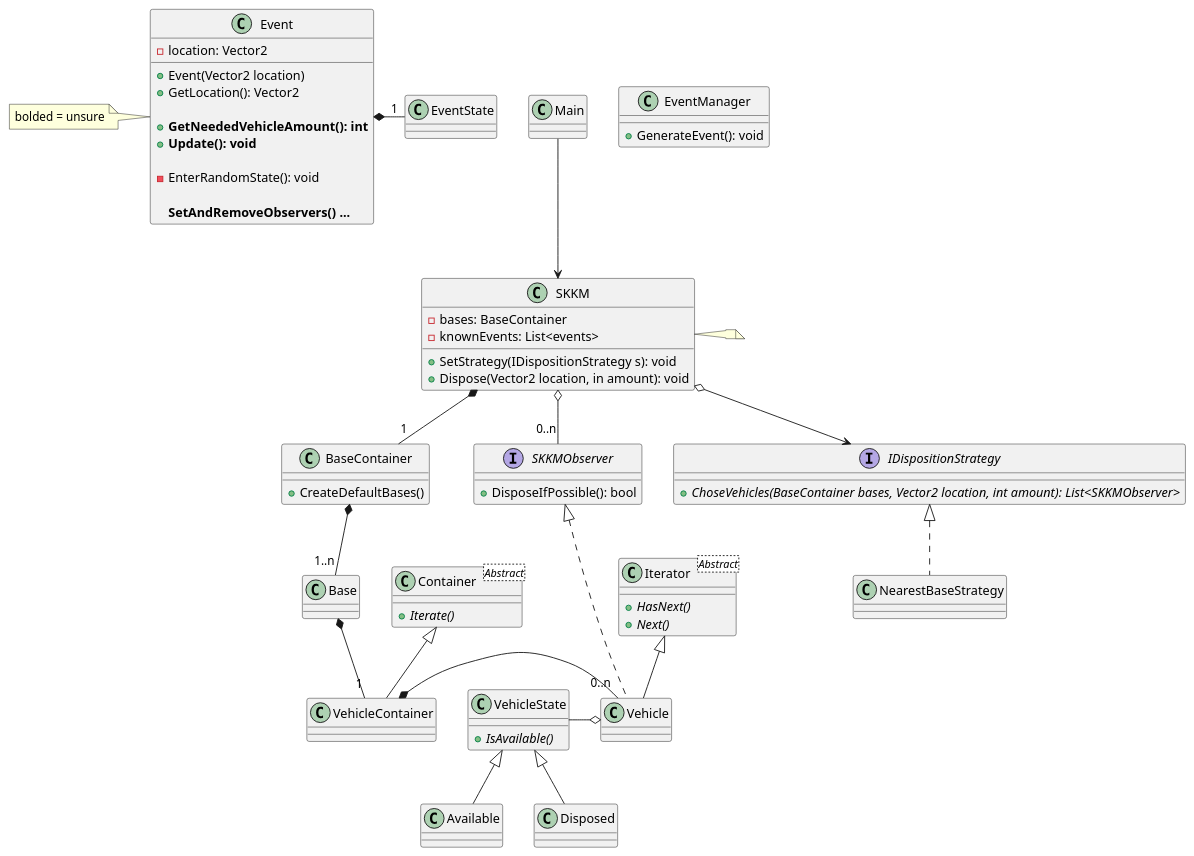
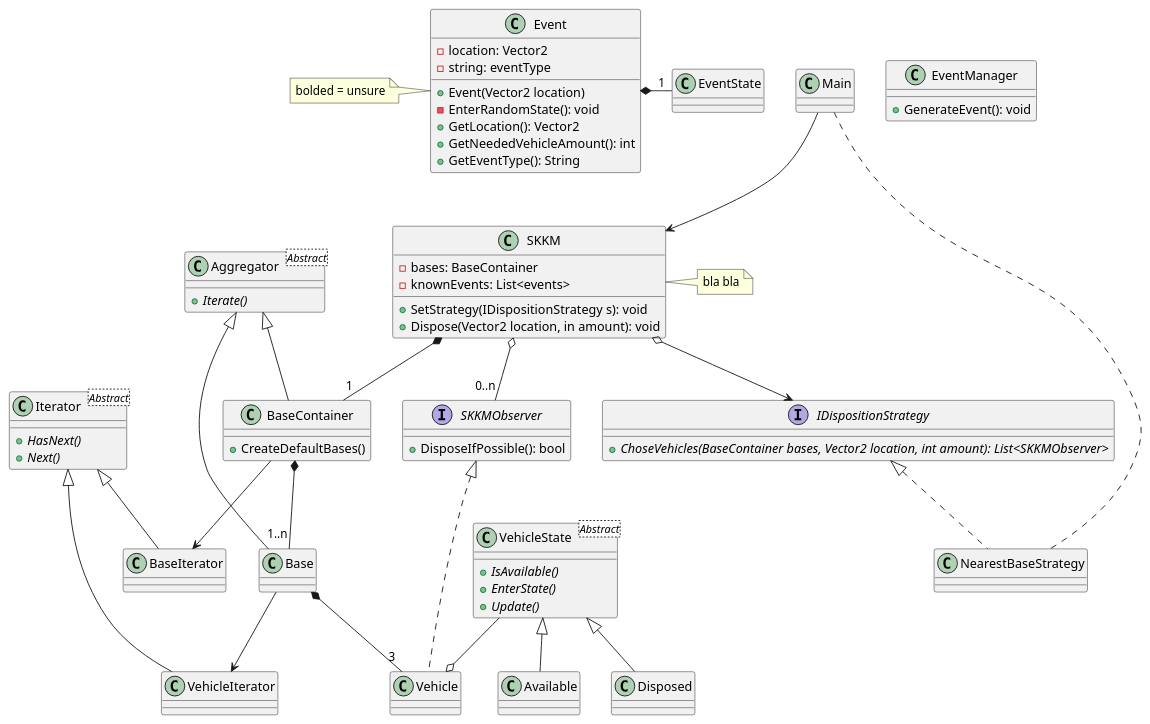
One commit to CKTA00/TO_lab_5 changed the diagram in src/uml.puml. Above: the diagram before and after it, drawn with PlantUML. The commit also changed 11 other files, not shown here.

```diff
--- a/src/uml.puml
+++ b/src/uml.puml
@@ -1,117 +1,123 @@
 @startuml
 
 class EventManager{
     +GenerateEvent(): void
 }
 ' extends MonoBehaviour{
 
 class Event{
     -location: Vector2
+    -string: eventType
     +Event(Vector2 location)
+    -EnterRandomState(): void
     +GetLocation(): Vector2
-    '+Update(): void
-    '+ChangeState(): void
-
-    +<b>GetNeededVehicleAmount(): int
-    +<b>Update(): void
-
-    - EnterRandomState(): void
-
-    <b>SetAndRemoveObservers() ...
+    +GetNeededVehicleAmount(): int
+    +GetEventType(): String
 }
 Note left: bolded = unsure
 
 
 'class EventState{
 '    +<i>Update(): void</i>
 '    +<i>GetNeededVehicleAmount(): int</i>
 '}
 '
 'class Fire extends EventState{
 '    +GetNeededVehicleAmount(): 2
 '}
 '
 'class FalseAlarm extends EventState{
 '    +GetNeededVehicleAmount(): 0
 '}
 '
 'class OtherEvent extends EventState{
 '    +GetNeededVehicleAmount(): 3
 '}
 
 interface SKKMObserver
 {
     +DisposeIfPossible(): bool
 }
 
 
 class SKKM{
     -bases: BaseContainer
     -knownEvents: List<events>
     +SetStrategy(IDispositionStrategy s): void
     +Dispose(Vector2 location, in amount): void
 }
-Note right:
+Note right: bla bla
 
 class Iterator<Abstract>{
     +<i>HasNext()
     +<i>Next()
 }
-class Container<Abstract>{
+class Aggregator<Abstract>{
     +<i>Iterate()
 }
 
-class BaseContainer
-'extends Container
+class BaseContainer extends Aggregator
 {
     +CreateDefaultBases()
 }
 
-class Base
-'extends Iterator
+class BaseIterator extends Iterator
 {
 
 }
-class VehicleContainer extends Container{
+
+class Base extends Aggregator
+{
 
 }
-class Vehicle extends Iterator implements SKKMObserver{
+
+class VehicleIterator extends Iterator
+{
+
+}
+
+class Vehicle implements SKKMObserver{
 
 }
 
 
 
 interface IDispositionStrategy{
     +<i>ChoseVehicles(BaseContainer bases, Vector2 location, int amount): List<SKKMObserver>
 }
 
 class NearestBaseStrategy implements IDispositionStrategy {
 }
 
-class VehicleState{
+class VehicleState<Abstract>{
     +<i>IsAvailable()</i>
+    +<i>EnterState()</i>
+    +<i>Update()</i>
 }
 
 class Available extends VehicleState{
 }
 
 class Disposed extends VehicleState{
 }
 
 Event *- "1" EventState
 
 'Fire ..> "can transition" FalseAlarm
 'OtherEvent ..> "can transition" FalseAlarm
 'EventManager o-- "0..n" Event
 Main --> SKKM
 SKKM o-- "0..n" SKKMObserver
 SKKM o--> IDispositionStrategy
 SKKM *--"1" BaseContainer
 BaseContainer *--"1..n" Base
-Base *-- "1" VehicleContainer
-VehicleContainer *- "0..n" Vehicle
-VehicleState -o Vehicle
+Base *-- "3" Vehicle
+VehicleState --o Vehicle
+Main ... NearestBaseStrategy
+
+Base --> VehicleIterator
+BaseContainer --> BaseIterator
 
 
 'note left of EventManager: Update is called every frame\nand is defined by Unity Engine\nin MonoBehaviour
 @enduml
```
